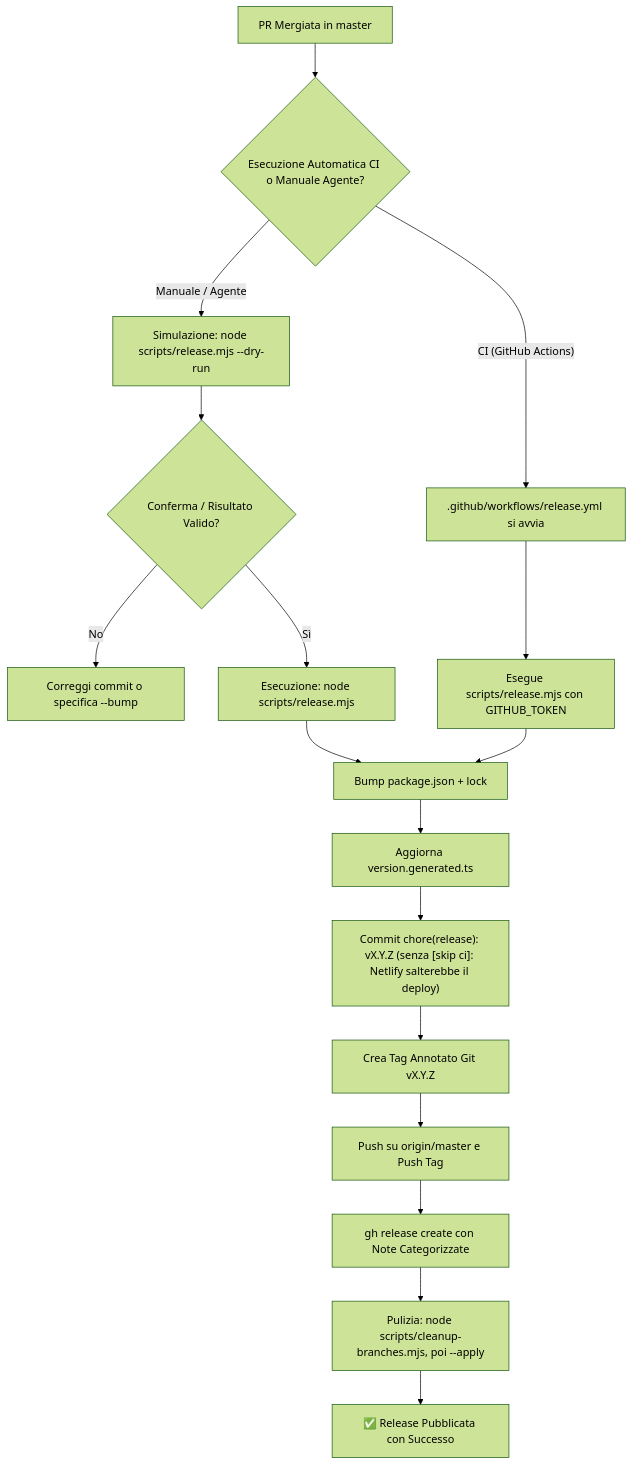
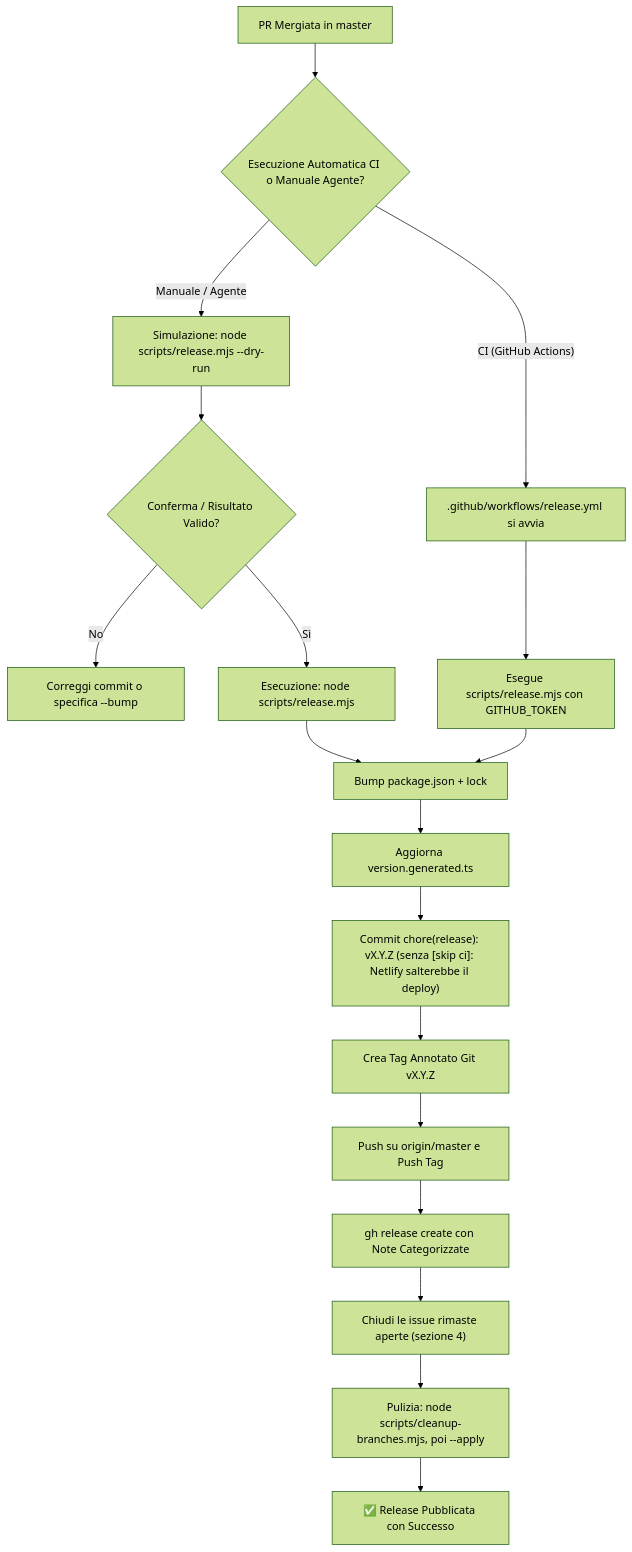
Before and after one commit to xdelmo/Portfolio-minimal: the diagram in .agents/skills/pr-release/SKILL.md, drawn with Mermaid (forest theme). The commit also changed other lines of this file, not shown here.

````diff
--- a/.agents/skills/pr-release/SKILL.md
+++ b/.agents/skills/pr-release/SKILL.md
@@ -37,19 +37,20 @@
 ```mermaid
 flowchart TD
     A["PR Mergiata in master"] --> B{"Esecuzione Automatica CI o Manuale Agente?"}
     B -- "CI (GitHub Actions)" --> C[".github/workflows/release.yml si avvia"]
     B -- "Manuale / Agente" --> D["Simulazione: node scripts/release.mjs --dry-run"]
     D --> E{"Conferma / Risultato Valido?"}
     E -- No --> F["Correggi commit o specifica --bump"]
     E -- Sì --> G["Esecuzione: node scripts/release.mjs"]
     C --> H["Esegue scripts/release.mjs con GITHUB_TOKEN"]
     G --> I["Bump package.json + lock"]
     H --> I
     I --> J["Aggiorna version.generated.ts"]
     J --> K["Commit chore(release): vX.Y.Z (senza [skip ci]: Netlify salterebbe il deploy)"]
     K --> L["Crea Tag Annotato Git vX.Y.Z"]
     L --> M["Push su origin/master e Push Tag"]
     M --> N["gh release create con Note Categorizzate"]
-    N --> P["Pulizia: node scripts/cleanup-branches.mjs, poi --apply"]
+    N --> Q["Chiudi le issue rimaste aperte (sezione 4)"]
+    Q --> P["Pulizia: node scripts/cleanup-branches.mjs, poi --apply"]
     P --> O["✅ Release Pubblicata con Successo"]
 ```
````
